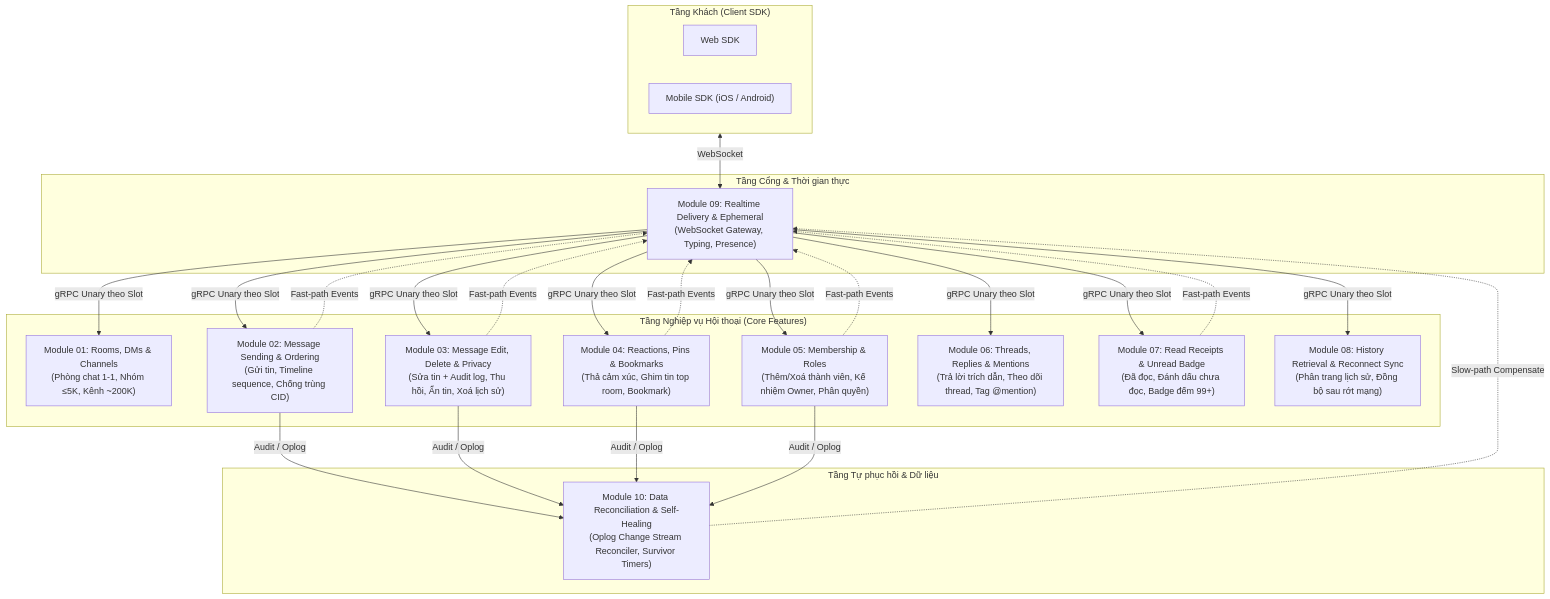
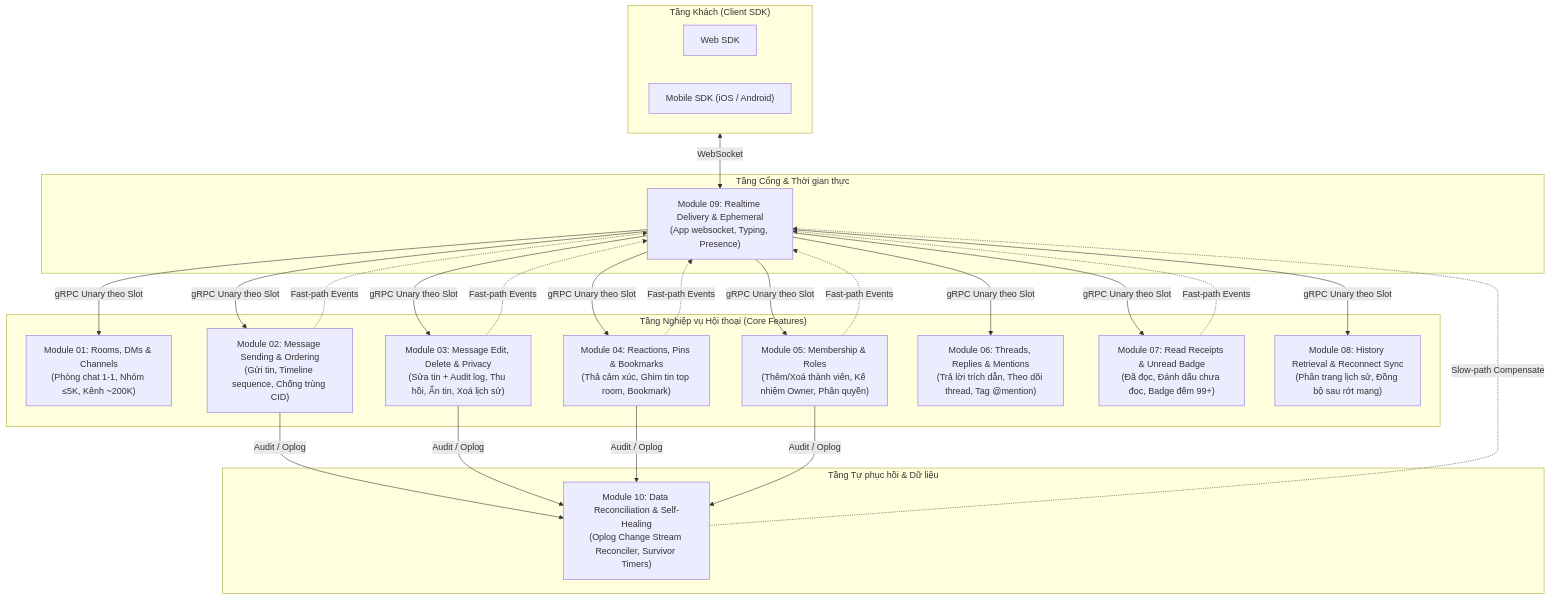
Before and after one commit to ivannguyendev/chatim: the diagram in docs/modules/README.md, drawn with Mermaid. The commit also changed 10 other files, not shown here.

First line of the commit message:
docs: rename gateway to websocket and route Inbox reads through the LB

````diff
--- a/docs/modules/README.md
+++ b/docs/modules/README.md
@@ -13,48 +13,48 @@
 ```mermaid
 flowchart TD
     subgraph Client["Tầng Khách (Client SDK)"]
         Web["Web SDK"]
         Mobile["Mobile SDK (iOS / Android)"]
     end
 
     subgraph Entry["Tầng Cổng & Thời gian thực"]
-        M09["Module 09: Realtime Delivery & Ephemeral<br/>(WebSocket Gateway, Typing, Presence)"]
+        M09["Module 09: Realtime Delivery & Ephemeral<br/>(App websocket, Typing, Presence)"]
     end
 
     subgraph CoreFeatures["Tầng Nghiệp vụ Hội thoại (Core Features)"]
         M01["Module 01: Rooms, DMs & Channels<br/>(Phòng chat 1-1, Nhóm ≤5K, Kênh ~200K)"]
         M02["Module 02: Message Sending & Ordering<br/>(Gửi tin, Timeline sequence, Chống trùng CID)"]
         M03["Module 03: Message Edit, Delete & Privacy<br/>(Sửa tin + Audit log, Thu hồi, Ẩn tin, Xoá lịch sử)"]
         M04["Module 04: Reactions, Pins & Bookmarks<br/>(Thả cảm xúc, Ghim tin top room, Bookmark)"]
         M05["Module 05: Membership & Roles<br/>(Thêm/Xoá thành viên, Kế nhiệm Owner, Phân quyền)"]
         M06["Module 06: Threads, Replies & Mentions<br/>(Trả lời trích dẫn, Theo dõi thread, Tag @mention)"]
         M07["Module 07: Read Receipts & Unread Badge<br/>(Đã đọc, Đánh dấu chưa đọc, Badge đếm 99+)"]
         M08["Module 08: History Retrieval & Reconnect Sync<br/>(Phân trang lịch sử, Đồng bộ sau rớt mạng)"]
     end
 
     subgraph Resilience["Tầng Tự phục hồi & Dữ liệu"]
         M10["Module 10: Data Reconciliation & Self-Healing<br/>(Oplog Change Stream Reconciler, Survivor Timers)"]
     end
 
     Client <-->|WebSocket| M09
     M09 -->|gRPC Unary theo Slot| M01
     M09 -->|gRPC Unary theo Slot| M02
     M09 -->|gRPC Unary theo Slot| M03
     M09 -->|gRPC Unary theo Slot| M04
     M09 -->|gRPC Unary theo Slot| M05
     M09 -->|gRPC Unary theo Slot| M06
     M09 -->|gRPC Unary theo Slot| M07
     M09 -->|gRPC Unary theo Slot| M08
 
     M02 -.->|Fast-path Events| M09
     M03 -.->|Fast-path Events| M09
     M04 -.->|Fast-path Events| M09
     M05 -.->|Fast-path Events| M09
     M07 -.->|Fast-path Events| M09
 
     M02 -->|Audit / Oplog| M10
     M03 -->|Audit / Oplog| M10
     M04 -->|Audit / Oplog| M10
     M05 -->|Audit / Oplog| M10
     M10 -.->|Slow-path Compensate| M09
 ```
````
